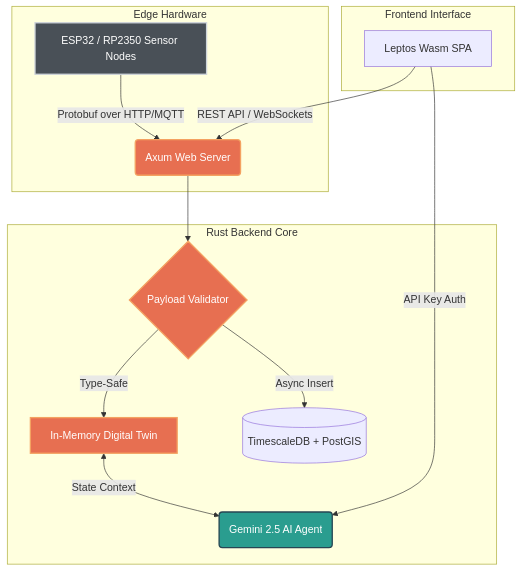
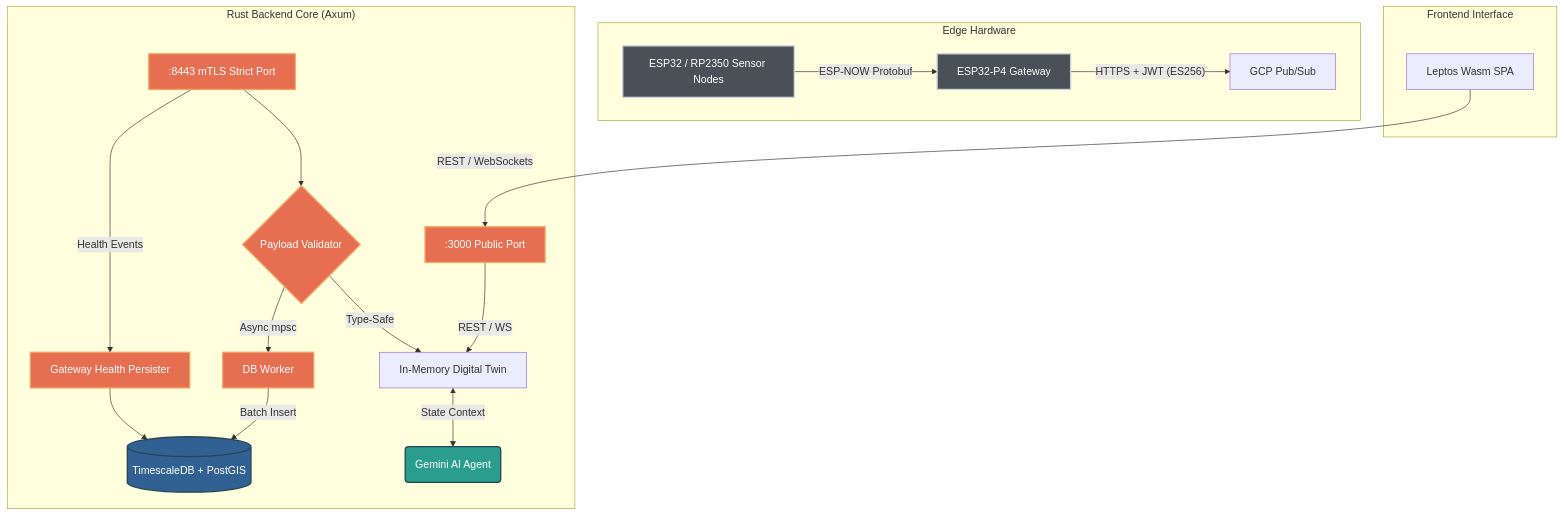
The diagram in README.md (oscar-bio-dev/oscar-bio-dev), drawn with Mermaid before and after one commit. The commit also changed other lines of this file and 20 other files, not shown here.

First line of the commit message:
feat(schema): converge backend with Gateway Mega-Schema and add Gateway Health infrastructure

````diff
--- a/README.md
+++ b/README.md
@@ -21,27 +21,32 @@
 ```mermaid
 graph TD
     subgraph Edge Hardware
-        A[ESP32 / RP2350 Sensor Nodes] -->|Protobuf over HTTP/MQTT| B
+        A[ESP32 / RP2350 Sensor Nodes] -->|ESP-NOW Protobuf| GW[ESP32-P4 Gateway]
+        GW -->|"HTTPS + JWT (ES256)"| PS[GCP Pub/Sub]
     end
 
-    subgraph Rust Backend Core
-        B(Axum Web Server) --> C{Payload Validator}
-        C -->|Type-Safe| D[In-Memory Digital Twin]
-        C -->|Async Insert| E[(TimescaleDB + PostGIS)]
-        
-        D <-->|State Context| F(Gemini 2.5 AI Agent)
+    subgraph "Rust Backend Core (Axum)"
+        B_PUB[":3000 Public Port"] -->|REST / WS| DT[In-Memory Digital Twin]
+        B_MTLS[":8443 mTLS Strict Port"] --> V{Payload Validator}
+        V -->|Type-Safe| DT
+        V -->|"Async mpsc"| W[DB Worker]
+        W -->|Batch Insert| DB[(TimescaleDB + PostGIS)]
+        DT <-->|State Context| AI(Gemini AI Agent)
+        B_MTLS -->|Health Events| GH[Gateway Health Persister]
+        GH --> DB
     end
 
     subgraph Frontend Interface
-        G[Leptos Wasm SPA] -->|REST API / WebSockets| B
-        G -->|API Key Auth| F
+        F[Leptos Wasm SPA] -->|REST / WebSockets| B_PUB
     end
 
     classDef hardware fill:#495057,stroke:#ced4da,stroke-width:2px,color:#fff;
     classDef rust fill:#e76f51,stroke:#f4a261,stroke-width:2px,color:#fff;
     classDef ai fill:#2a9d8f,stroke:#264653,stroke-width:2px,color:#fff;
+    classDef db fill:#316192,stroke:#264653,stroke-width:2px,color:#fff;
 
-    class A hardware;
-    class B,C,D rust;
-    class F ai;
+    class A,GW hardware;
+    class B_PUB,B_MTLS,V,W,GH rust;
+    class AI ai;
+    class DB db;
 ```
````
